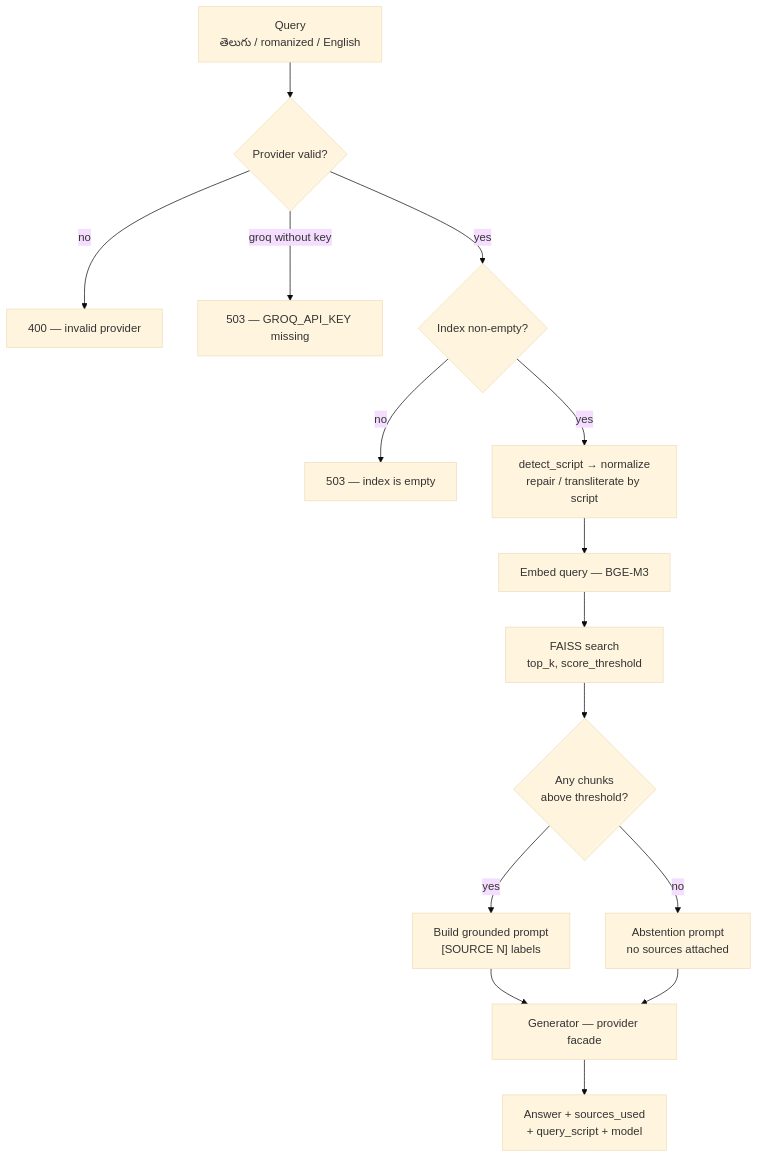
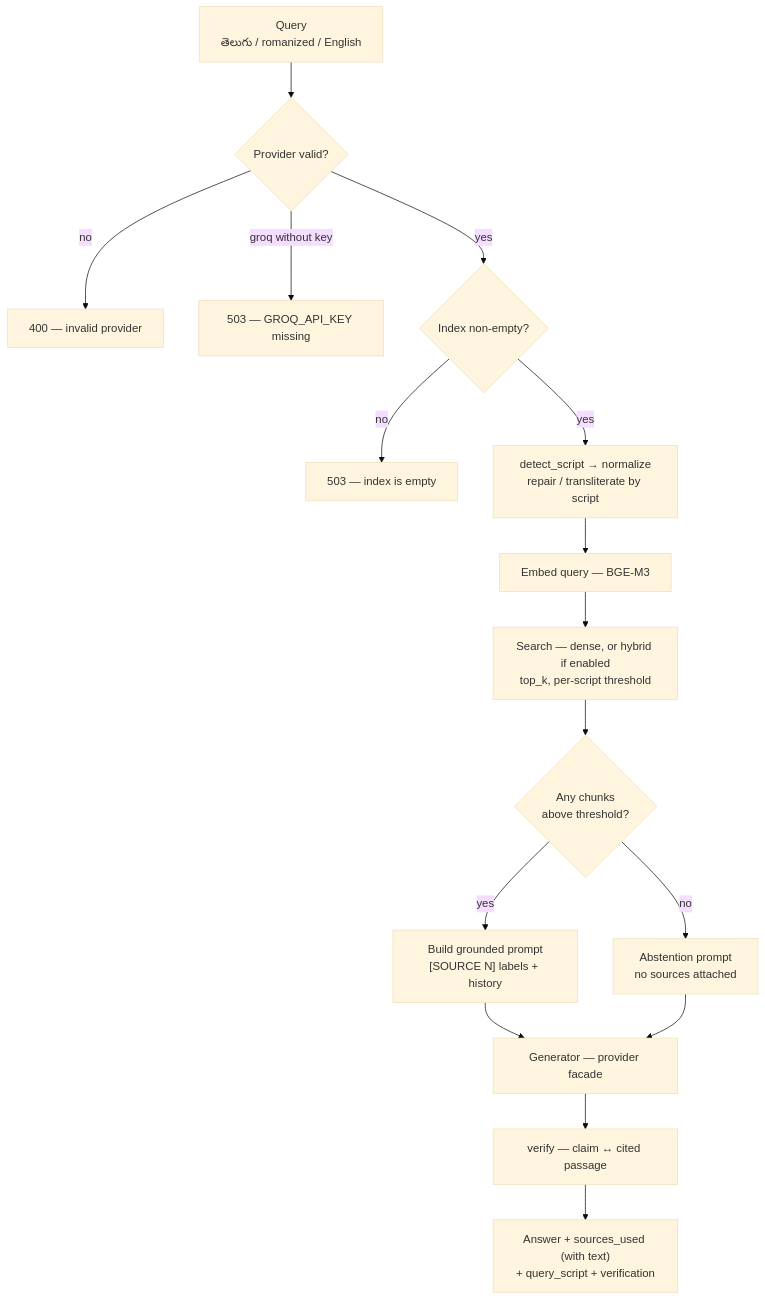
The fourth of 5 diagrams in README.md (sohansourab/vaaniVerse), drawn with Mermaid (base theme) before and after one commit. The commit also changed other lines of this file and 2 other files, not shown here.

````diff
--- a/README.md
+++ b/README.md
@@ -228,17 +248,18 @@
 ```mermaid
 flowchart TD
     Q["Query<br/>తెలుగు / romanized / English"] --> PROV{"Provider valid?"}
     PROV -->|"no"| E400["400 — invalid provider"]
     PROV -->|"groq without key"| E503A["503 — GROQ_API_KEY missing"]
     PROV -->|"yes"| IDX{"Index non-empty?"}
     IDX -->|"no"| E503B["503 — index is empty"]
     IDX -->|"yes"| DET["detect_script → normalize<br/>repair / transliterate by script"]
     DET --> EMB["Embed query — BGE-M3"]
-    EMB --> SEARCH["FAISS search<br/>top_k, score_threshold"]
+    EMB --> SEARCH["Search — dense, or hybrid if enabled<br/>top_k, per-script threshold"]
     SEARCH --> HITS{"Any chunks<br/>above threshold?"}
     HITS -->|"no"| ABSTAIN["Abstention prompt<br/>no sources attached"]
-    HITS -->|"yes"| BUILD["Build grounded prompt<br/>[SOURCE N] labels"]
+    HITS -->|"yes"| BUILD["Build grounded prompt<br/>[SOURCE N] labels + history"]
     BUILD --> LLM["Generator — provider facade"]
     ABSTAIN --> LLM
-    LLM --> ANS["Answer + sources_used<br/>+ query_script + model"]
+    LLM --> VER["verify — claim ↔ cited passage"]
+    VER --> ANS["Answer + sources_used (with text)<br/>+ query_script + verification"]
 ```
````
